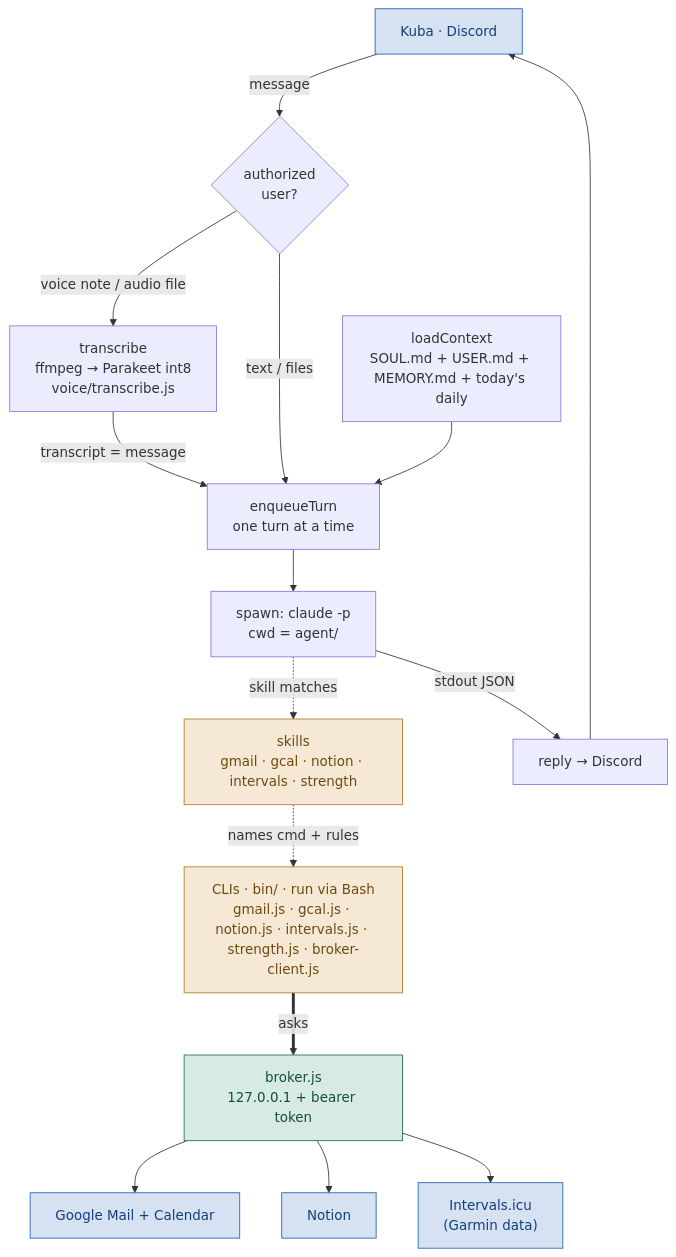
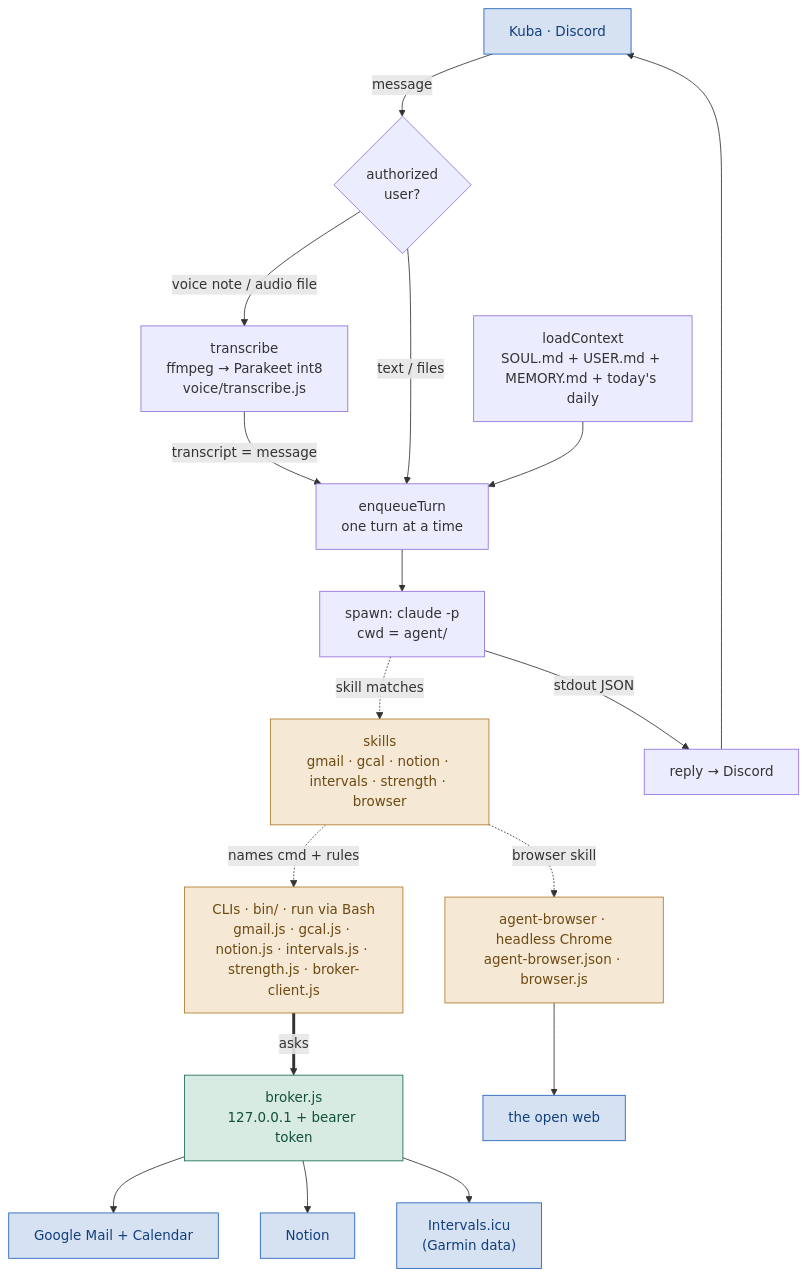
One commit to KubaJerz/alfred-node changed the first of 6 diagrams in SYSTEM-MAP.md. Above: the diagram before and after it, drawn with Mermaid. The commit also changed other lines of this file and 11 other files, not shown here.

First line of the commit message:
feat: give Alfred a headless browser for screenshots

````diff
--- a/SYSTEM-MAP.md
+++ b/SYSTEM-MAP.md
@@ -57,23 +57,25 @@
 ```mermaid
 flowchart TD
     U["Kuba · Discord"] -->|message| GATE{"authorized<br/>user?"}
     GATE -->|"voice note / audio file"| TR["transcribe<br/>ffmpeg → Parakeet int8<br/>voice/transcribe.js"]
     TR -->|"transcript = message"| Q
     GATE -->|"text / files"| Q["enqueueTurn<br/>one turn at a time"]
     CTX["loadContext<br/>SOUL.md + USER.md + MEMORY.md + today's daily"] --> Q
     Q --> SPAWN["spawn: claude -p<br/>cwd = agent/"]
-    SPAWN -.->|"skill matches"| SK["skills<br/>gmail · gcal · notion · intervals · strength"]
+    SPAWN -.->|"skill matches"| SK["skills<br/>gmail · gcal · notion · intervals · strength · browser"]
     SK -.->|"names cmd + rules"| CLIS["CLIs · bin/ · run via Bash<br/>gmail.js · gcal.js · notion.js · intervals.js · strength.js · broker-client.js"]
     CLIS ==>|"asks"| BR["broker.js<br/>127.0.0.1 + bearer token"]
     BR --> G["Google Mail + Calendar"]
     BR --> N["Notion"]
     BR --> I["Intervals.icu<br/>(Garmin data)"]
+    SK -.->|"browser skill"| AB["agent-browser · headless Chrome<br/>agent-browser.json · browser.js"]
+    AB --> WEB["the open web"]
     SPAWN -->|"stdout JSON"| R["reply → Discord"]
     R --> U
     classDef external fill:#d6e2f2,stroke:#1f5fb8,color:#123f7d
     classDef gateway fill:#d8ebe2,stroke:#1b6b52,color:#12503c
     classDef stack fill:#f5e8d5,stroke:#b07a2a,color:#6e4a12
-    class U,G,N,I external
+    class U,G,N,I,WEB external
     class BR gateway
-    class SK,CLIS stack
+    class SK,CLIS,AB stack
 ```
````
